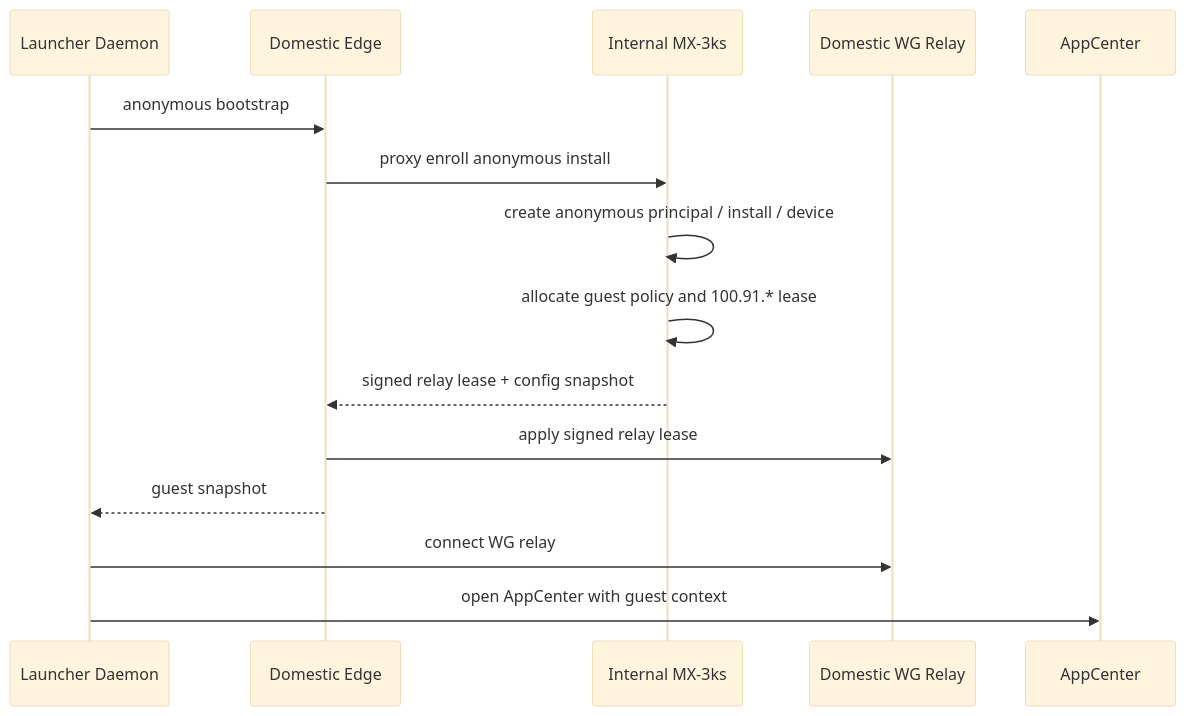
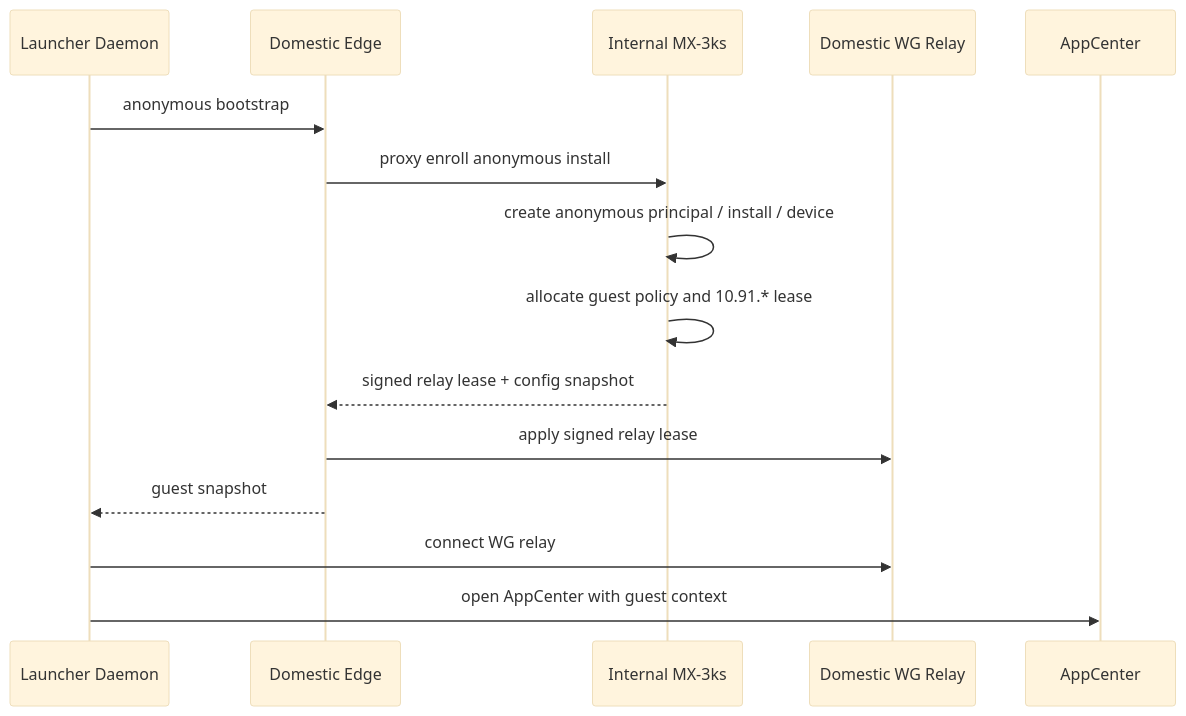
Before and after one commit to qpjoy/de-llaaddddeerr: the second of 4 diagrams in electron-dock/mx-launcher/docs/10-mx-3ks-appcenter-launcher-network-h2o-architecture.md, drawn with Mermaid (base theme). The commit also changed other lines of this file and 61 other files, not shown here.

````diff
--- a/electron-dock/mx-launcher/docs/10-mx-3ks-appcenter-launcher-network-h2o-architecture.md
+++ b/electron-dock/mx-launcher/docs/10-mx-3ks-appcenter-launcher-network-h2o-architecture.md
@@ -87,18 +87,18 @@
 ```mermaid
 sequenceDiagram
   participant L as Launcher Daemon
   participant D as Domestic Edge
   participant I as Internal MX-3ks
   participant R as Domestic WG Relay
   participant A as AppCenter
 
   L->>D: anonymous bootstrap
   D->>I: proxy enroll anonymous install
   I->>I: create anonymous principal / install / device
-  I->>I: allocate guest policy and 100.91.* lease
+  I->>I: allocate guest policy and 10.91.* lease
   I-->>D: signed relay lease + config snapshot
   D->>R: apply signed relay lease
   D-->>L: guest snapshot
   L->>R: connect WG relay
   L->>A: open AppCenter with guest context
 ```
````
